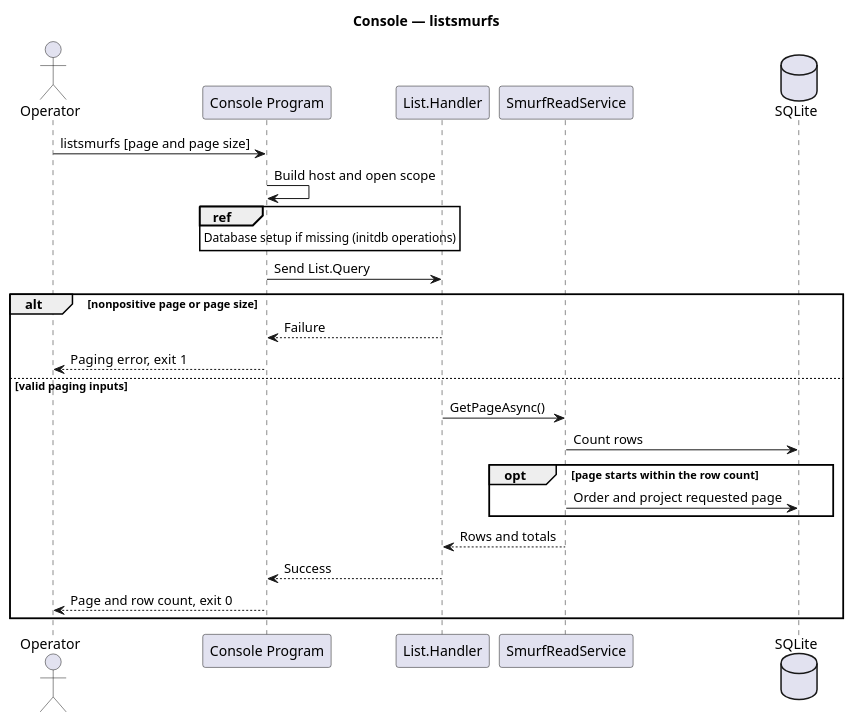
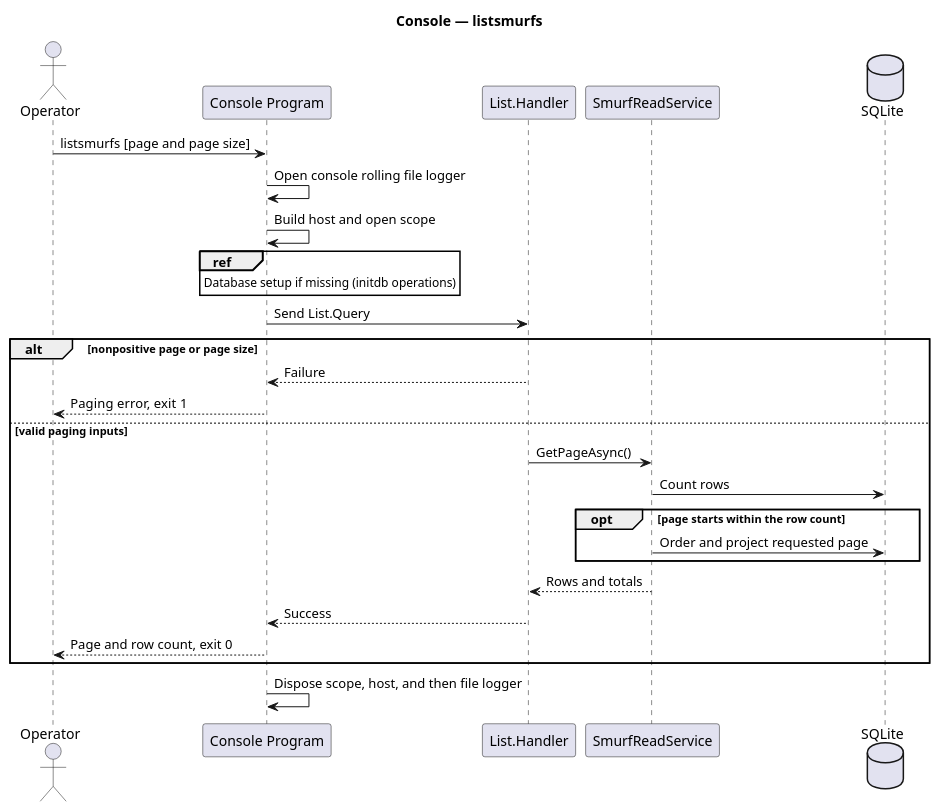
One commit to EbbeMeloSorensen/Smurfs changed the diagram in docs/behavioral/diagrams/console-listsmurfs.puml. Above: the diagram before and after it, drawn with PlantUML. The commit also changed 10 other files, not shown here.

```diff
--- a/docs/behavioral/diagrams/console-listsmurfs.puml
+++ b/docs/behavioral/diagrams/console-listsmurfs.puml
@@ -1,26 +1,28 @@
 @startuml
 title Console — listsmurfs
 actor Operator
 participant "Console Program" as CLI
 participant "List.Handler" as List
 participant SmurfReadService as Read
 database "SQLite" as DB
 
 Operator -> CLI : listsmurfs [page and page size]
+CLI -> CLI : Open console rolling file logger
 CLI -> CLI : Build host and open scope
 ref over CLI : Database setup if missing (initdb operations)
 CLI -> List : Send List.Query
 alt nonpositive page or page size
   List --> CLI : Failure
   CLI --> Operator : Paging error, exit 1
 else valid paging inputs
   List -> Read : GetPageAsync()
   Read -> DB : Count rows
   opt page starts within the row count
     Read -> DB : Order and project requested page
   end
   Read --> List : Rows and totals
   List --> CLI : Success
   CLI --> Operator : Page and row count, exit 0
 end
+CLI -> CLI : Dispose scope, host, and then file logger
 @enduml
```
